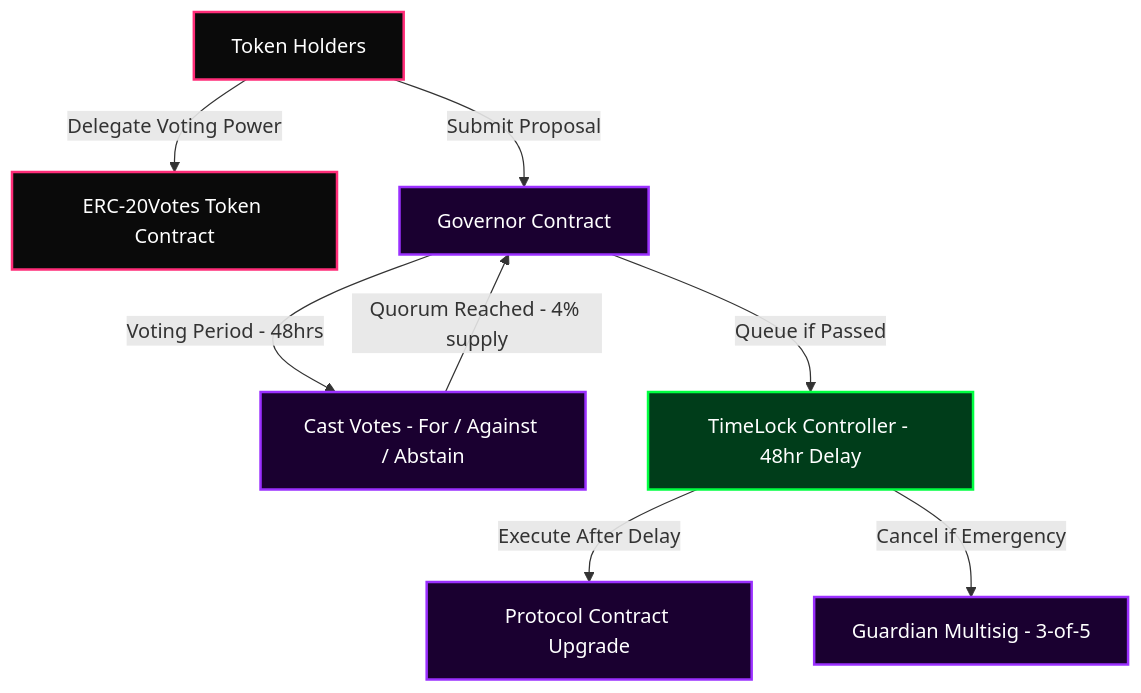
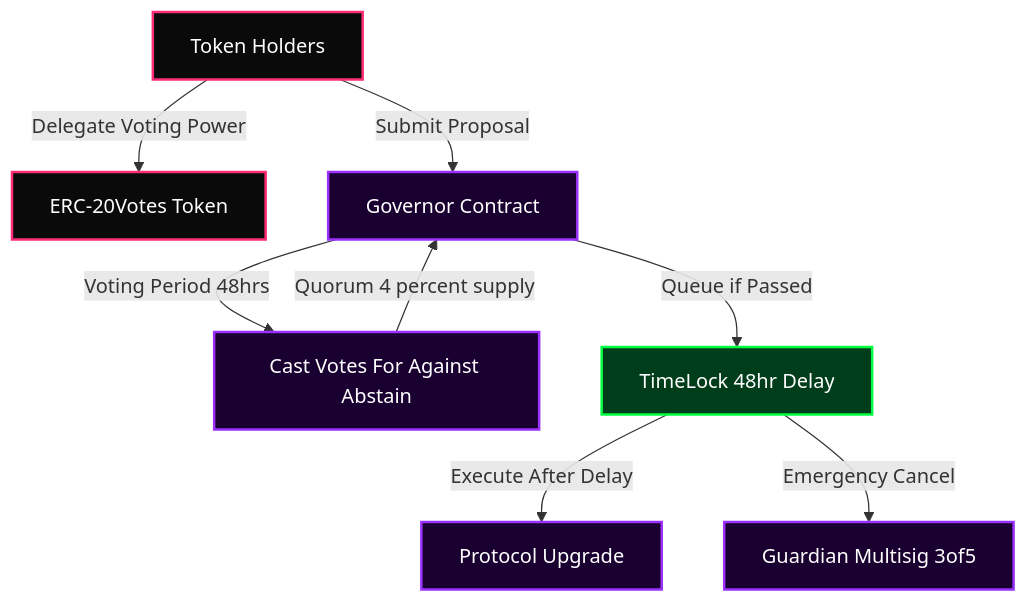
One commit to NewNexus001/newnexus001 changed diagram 16 of 25 in README.md. Above: the diagram before and after it, drawn with Mermaid. The commit also changed other lines of this file, not shown here.

````diff
--- a/README.md
+++ b/README.md
@@ -545,14 +515,14 @@
 ```mermaid
 graph TD
-    classDef token fill:#0a0a0a,stroke:#FF2D78,stroke-width:2px,color:#fff
+    classDef tok fill:#0a0a0a,stroke:#FF2D78,stroke-width:2px,color:#fff
     classDef gov fill:#1a0030,stroke:#9B30FF,stroke-width:2px,color:#fff
-    classDef time fill:#003d1a,stroke:#00FF41,stroke-width:2px,color:#fff
+    classDef tl fill:#003d1a,stroke:#00FF41,stroke-width:2px,color:#fff
 
-    TH["Token Holders"]:::token -->|Delegate Voting Power| COMP["ERC-20Votes Token Contract"]:::token
+    TH["Token Holders"]:::tok -->|Delegate Voting Power| COMP["ERC-20Votes Token"]:::tok
     TH -->|Submit Proposal| GOV["Governor Contract"]:::gov
-    GOV -->|Voting Period - 48hrs| CAST["Cast Votes - For / Against / Abstain"]:::gov
-    CAST -->|Quorum Reached - 4% supply| GOV
-    GOV -->|Queue if Passed| TL["TimeLock Controller - 48hr Delay"]:::time
-    TL -->|Execute After Delay| PROTO["Protocol Contract Upgrade"]:::gov
-    TL -->|Cancel if Emergency| GUARDIAN["Guardian Multisig - 3-of-5"]:::gov
+    GOV -->|Voting Period 48hrs| CAST["Cast Votes For Against Abstain"]:::gov
+    CAST -->|Quorum 4 percent supply| GOV
+    GOV -->|Queue if Passed| TL["TimeLock 48hr Delay"]:::tl
+    TL -->|Execute After Delay| PROTO["Protocol Upgrade"]:::gov
+    TL -->|Emergency Cancel| GUARDIAN["Guardian Multisig 3of5"]:::gov
 ```
````
